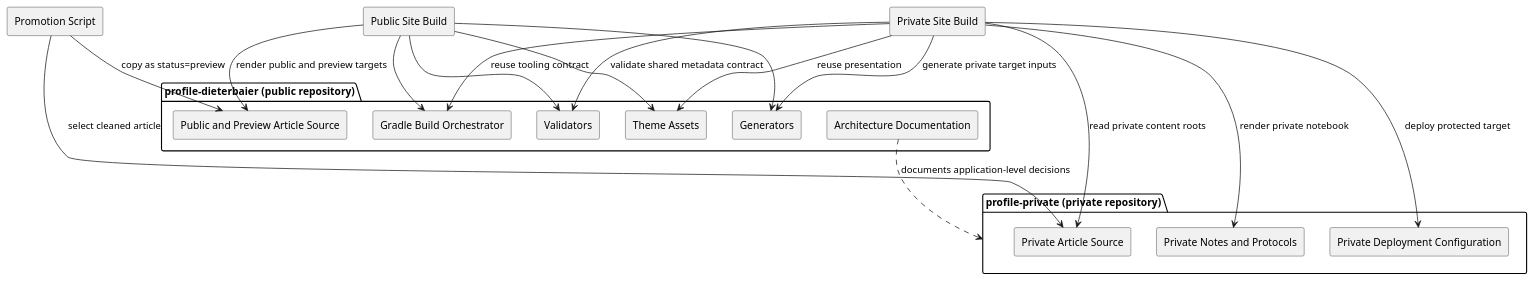
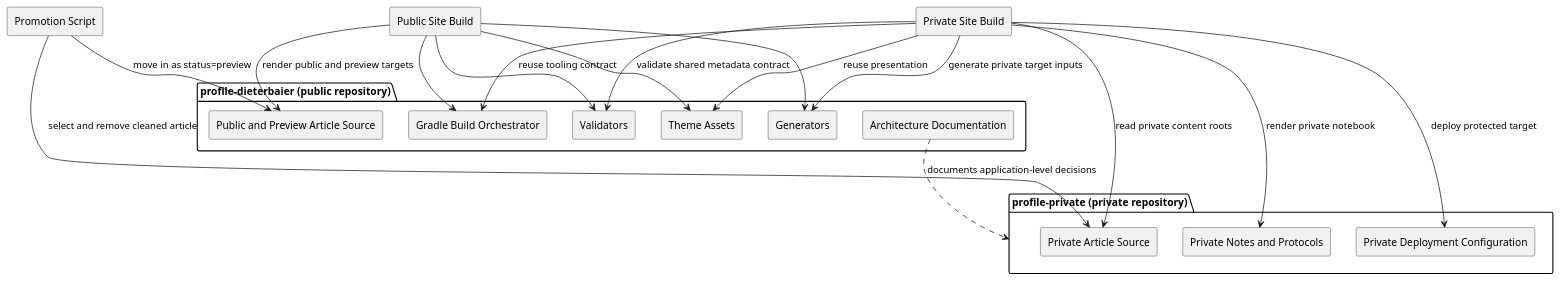
Before and after one commit to dieterbaier/profile: the diagram in src-content/docs/arc42/09-architecture-decisions/adr-009-private-repository-integration.adoc, drawn with PlantUML. The commit also changed other lines of this file and 1 other file, not shown here.

First line of the commit message:
issue_80: Accept ADR-009 and lift the private-source gate

```diff
--- a/src-content/docs/arc42/09-architecture-decisions/adr-009-private-repository-integration.adoc
+++ b/src-content/docs/arc42/09-architecture-decisions/adr-009-private-repository-integration.adoc
@@ -59,44 +63,44 @@
 [plantuml]
 ----
 @startuml
 skinparam componentStyle rectangle
 
 package "profile-dieterbaier (public repository)" as PublicRepo {
   component "Architecture Documentation" as ArchitectureDocs
   component "Gradle Build Orchestrator" as Gradle
   component "Validators" as Validators
   component "Generators" as Generators
   component "Theme Assets" as Theme
   component "Public and Preview Article Source" as PublicArticles
 }
 
 package "profile-private (private repository)" as PrivateRepo {
   component "Private Article Source" as PrivateArticles
   component "Private Notes and Protocols" as PrivateNotes
   component "Private Deployment Configuration" as PrivateDeployConfig
 }
 
 component "Private Site Build" as PrivateBuild
 component "Promotion Script" as Promotion
 component "Public Site Build" as PublicBuild
 
 PrivateBuild --> PrivateArticles : read private content roots
 PrivateBuild --> PrivateNotes : render private notebook
 PrivateBuild --> Gradle : reuse tooling contract
 PrivateBuild --> Validators : validate shared metadata contract
 PrivateBuild --> Generators : generate private target inputs
 PrivateBuild --> Theme : reuse presentation
 PrivateBuild --> PrivateDeployConfig : deploy protected target
 
-Promotion --> PrivateArticles : select cleaned article
-Promotion --> PublicArticles : copy as status=preview
+Promotion --> PrivateArticles : select and remove cleaned article
+Promotion --> PublicArticles : move in as status=preview
 
 PublicBuild --> PublicArticles : render public and preview targets
 PublicBuild --> Gradle
 PublicBuild --> Validators
 PublicBuild --> Generators
 PublicBuild --> Theme
 
 ArchitectureDocs ..> PrivateRepo : documents application-level decisions
 @enduml
 ----
```
